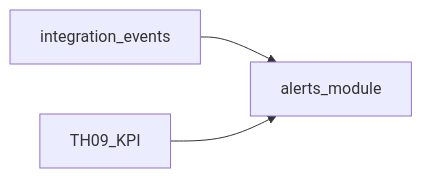
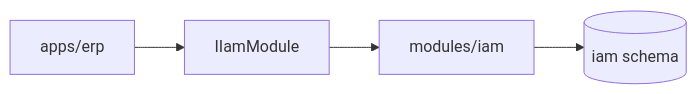
Before and after one commit to DsChien102/erp-sales-inventory: the diagram in docs/themes/TH-01-store-setup/02-module-map.md, drawn with Mermaid. The commit also changed other lines of this file and 34 other files, not shown here.

````diff
--- a/docs/themes/TH-01-store-setup/02-module-map.md
+++ b/docs/themes/TH-01-store-setup/02-module-map.md
@@ -11,5 +8,6 @@
 ```mermaid
 flowchart LR
-  Events[integration_events] --> Alerts[alerts_module]
-  KPI[TH09_KPI] --> Alerts
+  ERP[apps/erp] --> IIam[IIamModule]
+  IIam --> IAM[modules/iam]
+  IAM --> Supabase[(iam schema)]
 ```
````
